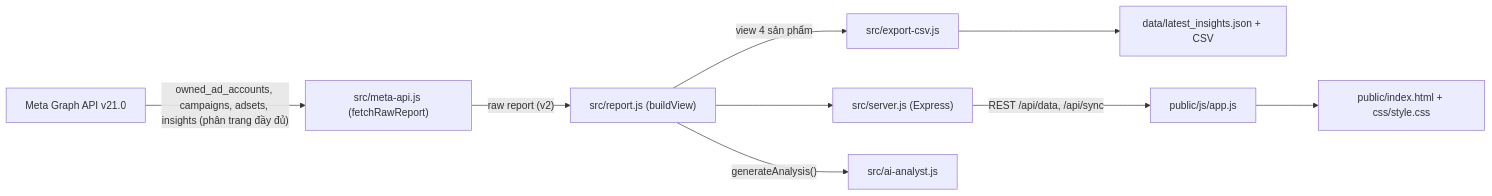
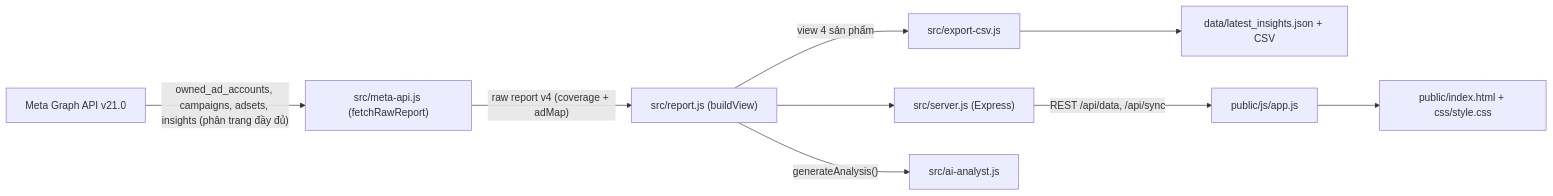
One commit to chuminhhai582/meta_ads_analytics changed the diagram in PROJECT_CONTEXT.md. Above: the diagram before and after it, drawn with Mermaid. The commit also changed other lines of this file and 9 other files, not shown here.

First line of the commit message:
feat: kho du lieu ca nam 2026 + dong bo gia tang (schema v4)

````diff
--- a/PROJECT_CONTEXT.md
+++ b/PROJECT_CONTEXT.md
@@ -71,11 +81,11 @@
 ```mermaid
 flowchart LR
     A["Meta Graph API v21.0"] -->|"owned_ad_accounts, campaigns, adsets, insights (phân trang đầy đủ)"| B["src/meta-api.js (fetchRawReport)"]
-    B -->|"raw report (v2)"| C["src/report.js (buildView)"]
+    B -->|"raw report v4 (coverage + adMap)"| C["src/report.js (buildView)"]
     C -->|"view 4 sản phẩm"| D["src/export-csv.js"]
     D --> E["data/latest_insights.json + CSV"]
     C --> F["src/server.js (Express)"]
     C -->|"generateAnalysis()"| G["src/ai-analyst.js"]
     F -->|"REST /api/data, /api/sync"| H["public/js/app.js"]
     H --> I["public/index.html + css/style.css"]
 ```
````
